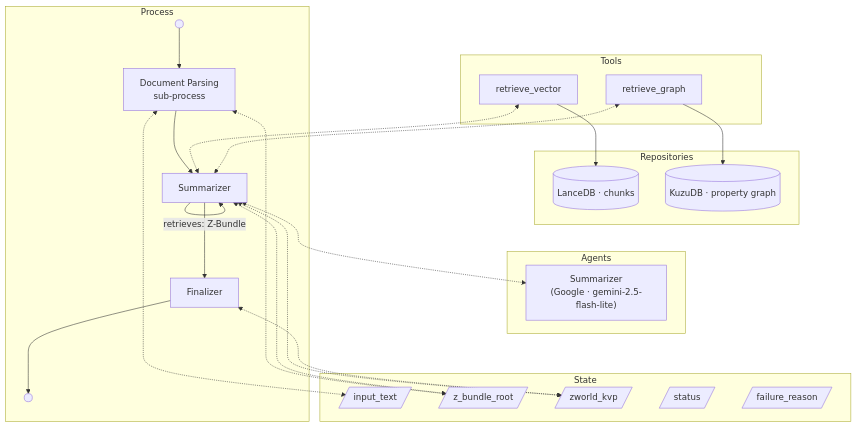
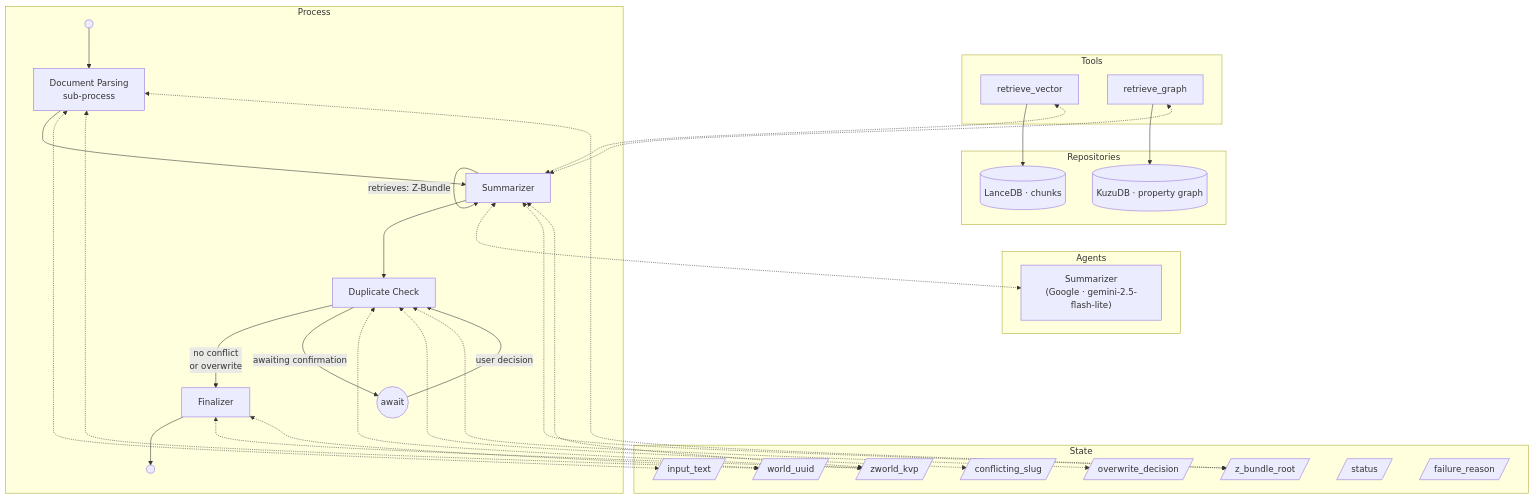
The diagram in docs/World Generation.md (peterbaileyct/zforge), drawn with Mermaid before and after one commit. The commit also changed other lines of this file and 19 other files, not shown here.

````diff
--- a/docs/World Generation.md
+++ b/docs/World Generation.md
@@ -4,41 +4,52 @@
 ```mermaid
 flowchart TD
     subgraph Agents
         A_summarizer["Summarizer\n(Google · gemini-2.5-flash-lite)"]
     end
 
     subgraph State
         S_input_text[/"input_text"/]
+        S_world_uuid[/"world_uuid"/]
         S_z_bundle_root[/"z_bundle_root"/]
         S_zworld_kvp[/"zworld_kvp"/]
+        S_conflicting_slug[/"conflicting_slug"/]
+        S_overwrite_decision[/"overwrite_decision"/]
         S_status[/"status"/]
         S_failure_reason[/"failure_reason"/]
     end
 
     subgraph Repositories
         R_vector[(LanceDB · chunks)]
         R_graph[(KuzuDB · property graph)]
     end
 
     subgraph Tools
         T_vec_retriever[retrieve_vector] --> R_vector
         T_graph_retriever[retrieve_graph] --> R_graph
     end
 
     subgraph Process
         P_start(( )) --> P_doc_parsing["Document Parsing\nsub-process"]
         P_doc_parsing --> P_summarizer[Summarizer]
         P_summarizer -->|"retrieves: Z-Bundle"| P_summarizer
-        P_summarizer --> P_finalizer[Finalizer]
+        P_summarizer --> P_dup_check[Duplicate Check]
+        P_dup_check -->|"no conflict\nor overwrite"| P_finalizer[Finalizer]
+        P_dup_check -->|"awaiting confirmation"| P_stop_await((await))
+        P_stop_await -->|"user decision"| P_dup_check
         P_finalizer --> P_stop(( ))
     end
 
     P_doc_parsing <-.-> S_input_text
+    P_doc_parsing <-.-> S_world_uuid
     P_doc_parsing <-.-> S_z_bundle_root
     P_summarizer <-.-> A_summarizer
     P_summarizer <-.-> S_z_bundle_root
     P_summarizer <-.-> S_zworld_kvp
+    P_dup_check <-.-> S_zworld_kvp
+    P_dup_check <-.-> S_conflicting_slug
+    P_dup_check <-.-> S_overwrite_decision
     P_finalizer <-.-> S_zworld_kvp
+    P_finalizer <-.-> S_world_uuid
     T_vec_retriever <-.-> P_summarizer
     T_graph_retriever <-.-> P_summarizer
 ```
````
